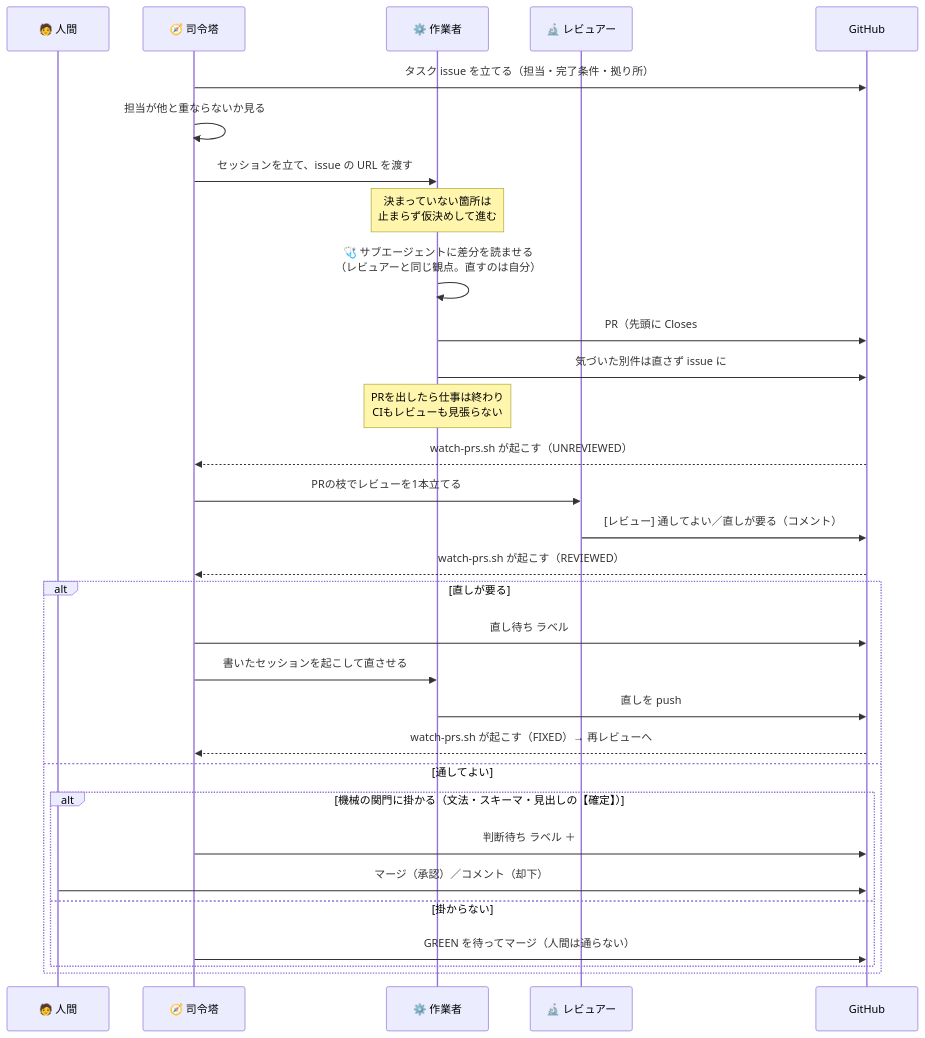
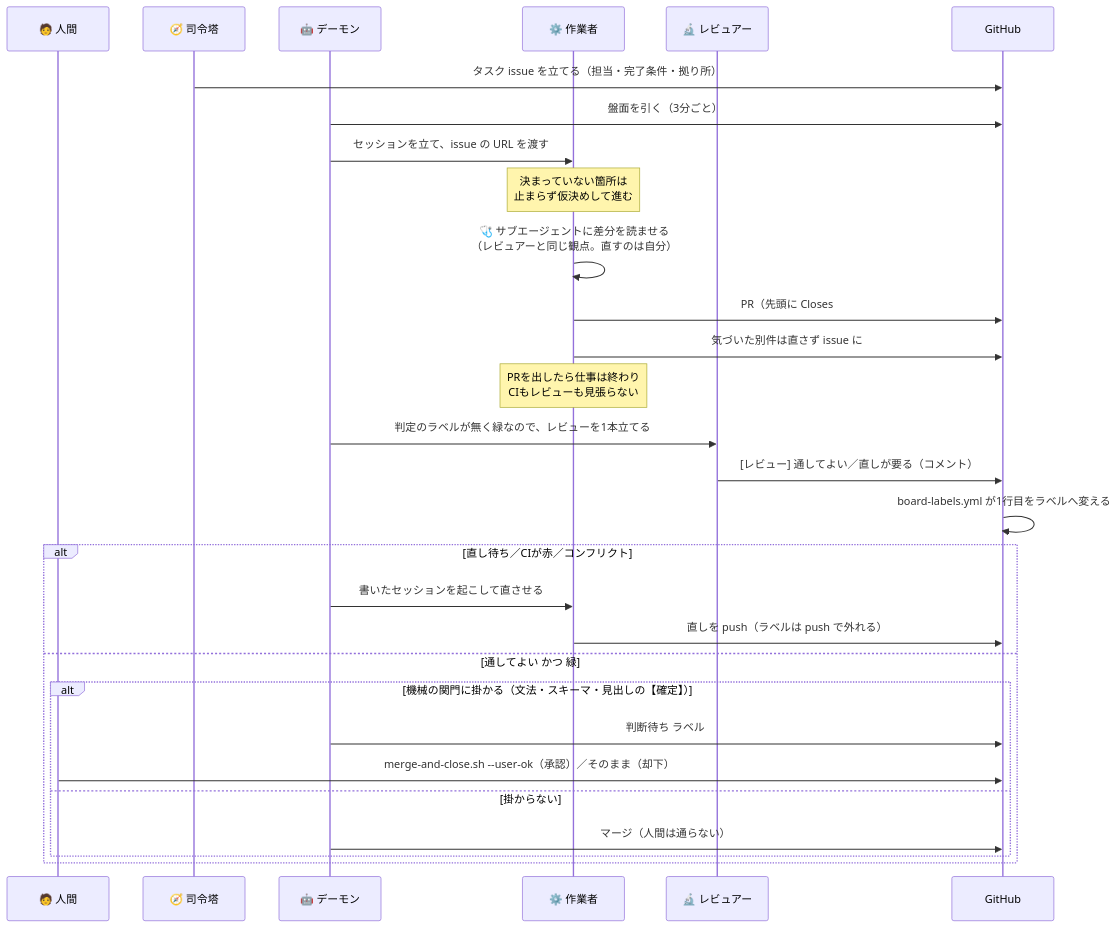
The third of 5 diagrams in docs/ParallelAgents.md (gooyyu1/UnmappedIsland), drawn with Mermaid before and after one commit. The commit also changed other lines of this file and 28 other files, not shown here.

First line of the commit message:
司令塔の機械の部分をデーモンへ移し、watch-prs.sh を無くす (#1517)

````diff
--- a/docs/ParallelAgents.md
+++ b/docs/ParallelAgents.md
@@ -192,35 +196,33 @@
 ```mermaid
 sequenceDiagram
     participant H as 🧑 人間
     participant C as 🧭 司令塔
+    participant D as 🤖 デーモン
     participant W as ⚙️ 作業者
     participant R as 🔬 レビュアー
     participant G as GitHub
 
     C->>G: タスク issue を立てる（担当・完了条件・拠り所）
-    C->>C: 担当が他と重ならないか見る
-    C->>W: セッションを立て、issue の URL を渡す
+    D->>G: 盤面を引く（3分ごと）
+    D->>W: セッションを立て、issue の URL を渡す
     Note over W: 決まっていない箇所は<br/>止まらず仮決めして進む
     W->>W: 🩺 サブエージェントに差分を読ませる<br/>（レビュアーと同じ観点。直すのは自分）
     W->>G: PR（先頭に Closes #N と ## 仮決め）
     W->>G: 気づいた別件は直さず issue に
     Note over W: PRを出したら仕事は終わり<br/>CIもレビューも見張らない
-    G-->>C: watch-prs.sh が起こす（UNREVIEWED）
-    C->>R: PRの枝でレビューを1本立てる
+    D->>R: 判定のラベルが無く緑なので、レビューを1本立てる
     R->>G: [レビュー] 通してよい／直しが要る（コメント）
-    G-->>C: watch-prs.sh が起こす（REVIEWED）
+    G->>G: board-labels.yml が1行目をラベルへ変える
 
-    alt 直しが要る
-        C->>G: 直し待ち ラベル
-        C->>W: 書いたセッションを起こして直させる
-        W->>G: 直しを push
-        G-->>C: watch-prs.sh が起こす（FIXED）→ 再レビューへ
-    else 通してよい
+    alt 直し待ち／CIが赤／コンフリクト
+        D->>W: 書いたセッションを起こして直させる
+        W->>G: 直しを push（ラベルは push で外れる）
+    else 通してよい かつ 緑
         alt 機械の関門に掛かる（文法・スキーマ・見出しの【確定】）
-            C->>G: 判断待ち ラベル ＋ #732 の先頭へ1行
-            H->>G: マージ（承認）／コメント（却下）
+            D->>G: 判断待ち ラベル
+            H->>G: merge-and-close.sh --user-ok（承認）／そのまま（却下）
         else 掛からない
-            C->>G: GREEN を待ってマージ（人間は通らない）
+            D->>G: マージ（人間は通らない）
         end
     end
 ```
````
